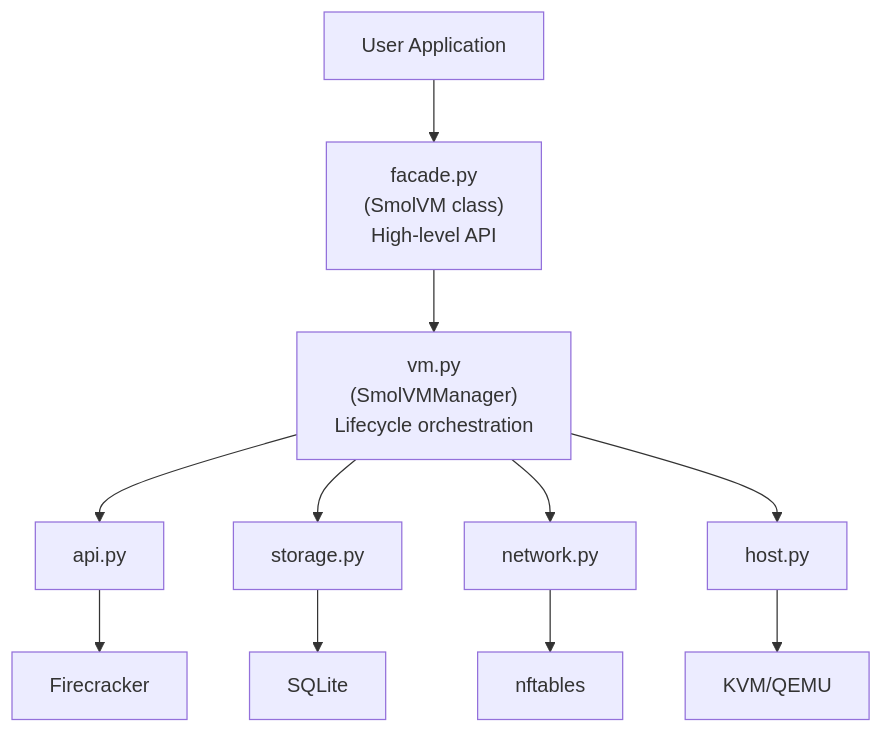
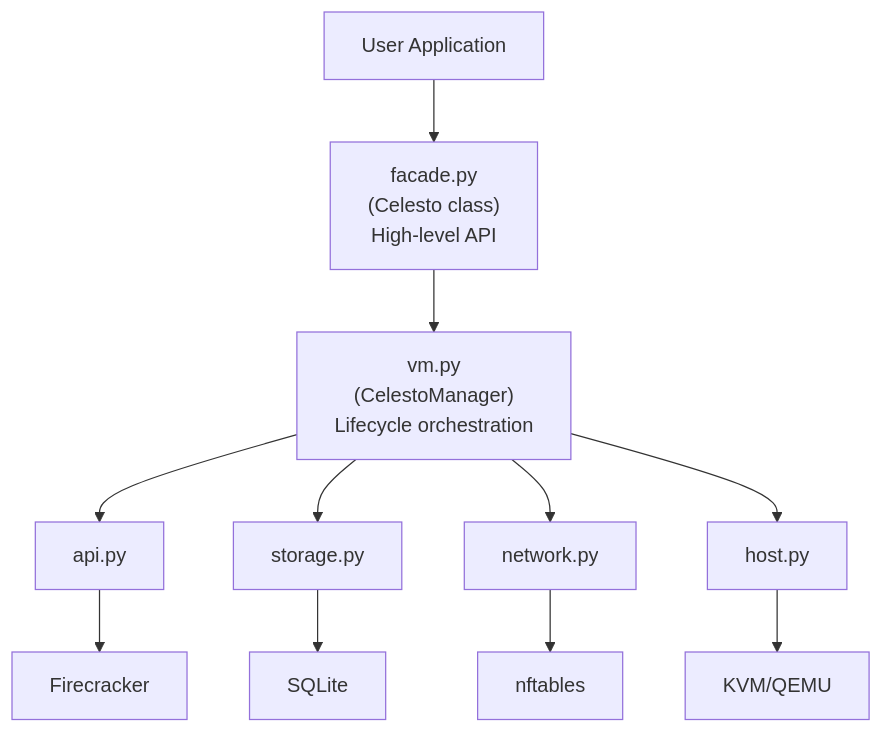
The first of 2 diagrams in smolvm/advanced/architecture.mdx (CelestoAI/mintlify-docs), drawn with Mermaid before and after one commit. The commit also changed other lines of this file and 71 other files, not shown here.

Commit message:
docs: update Celesto API naming (#161)

````diff
--- a/smolvm/advanced/architecture.mdx
+++ b/smolvm/advanced/architecture.mdx
@@ -12,15 +12,15 @@
 ```mermaid
 flowchart TB
-  User["User Application"] --> Facade["facade.py<br/>(SmolVM class)<br/>High-level API"]
-  Facade --> VM["vm.py<br/>(SmolVMManager)<br/>Lifecycle orchestration"]
+  User["User Application"] --> Facade["facade.py<br/>(Celesto class)<br/>High-level API"]
+  Facade --> VM["vm.py<br/>(CelestoManager)<br/>Lifecycle orchestration"]
 
   VM --> API["api.py"]
   VM --> Storage["storage.py"]
   VM --> Network["network.py"]
   VM --> Host["host.py"]
 
   API --> Firecracker["Firecracker"]
   Storage --> SQLite["SQLite"]
   Network --> Nftables["nftables"]
   Host --> Hypervisor["KVM/QEMU"]
 ```
````
